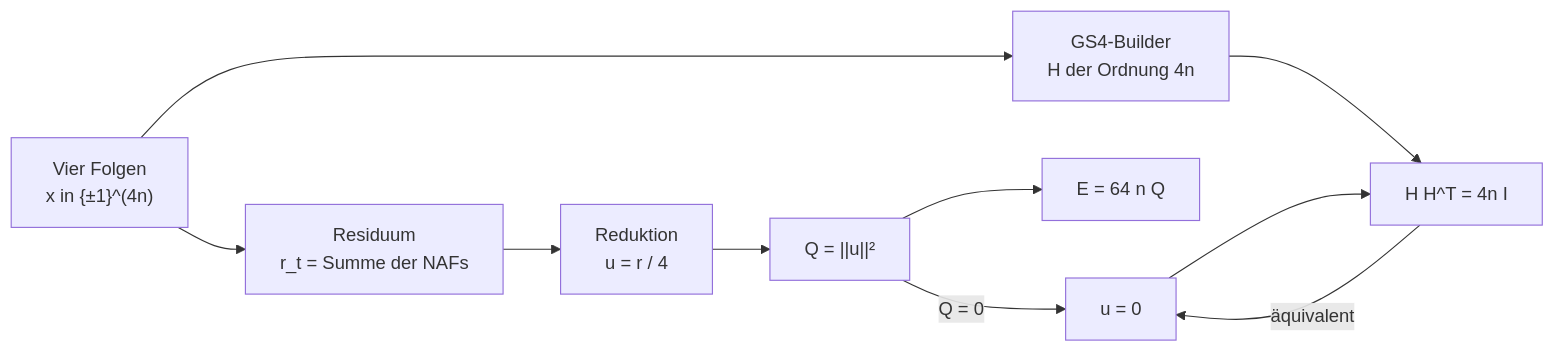
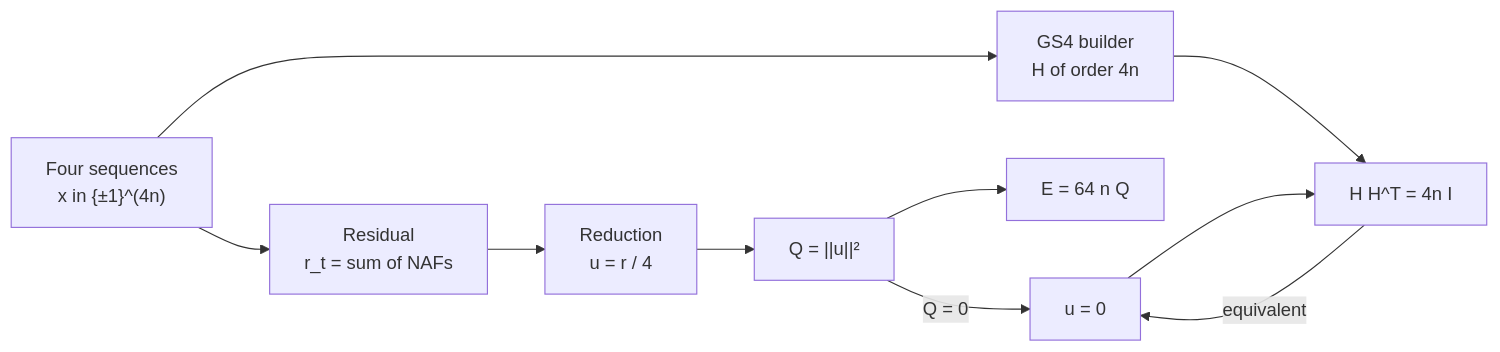
The first of 3 diagrams in docs/mathematics.md (SmolBlackHole/hadamard-668), drawn with Mermaid before and after one commit. The commit also changed other lines of this file and 23 other files, not shown here.

````diff
--- a/docs/mathematics.md
+++ b/docs/mathematics.md
@@ -66,12 +84,12 @@
 ```mermaid
 flowchart LR
-    X["Vier Folgen<br/>x in {±1}^(4n)"] --> R["Residuum<br/>r_t = Summe der NAFs"]
-    X --> H["GS4-Builder<br/>H der Ordnung 4n"]
-    R --> U["Reduktion<br/>u = r / 4"]
+    X["Four sequences<br/>x in {±1}^(4n)"] --> R["Residual<br/>r_t = sum of NAFs"]
+    X --> H["GS4 builder<br/>H of order 4n"]
+    R --> U["Reduction<br/>u = r / 4"]
     U --> Q["Q = ||u||²"]
     Q --> E["E = 64 n Q"]
     Q -->|"Q = 0"| Zero["u = 0"]
     H --> Hadamard
     Zero --> Hadamard["H H^T = 4n I"]
-    Hadamard -->|äquivalent| Zero
+    Hadamard -->|equivalent| Zero
 ```
````
